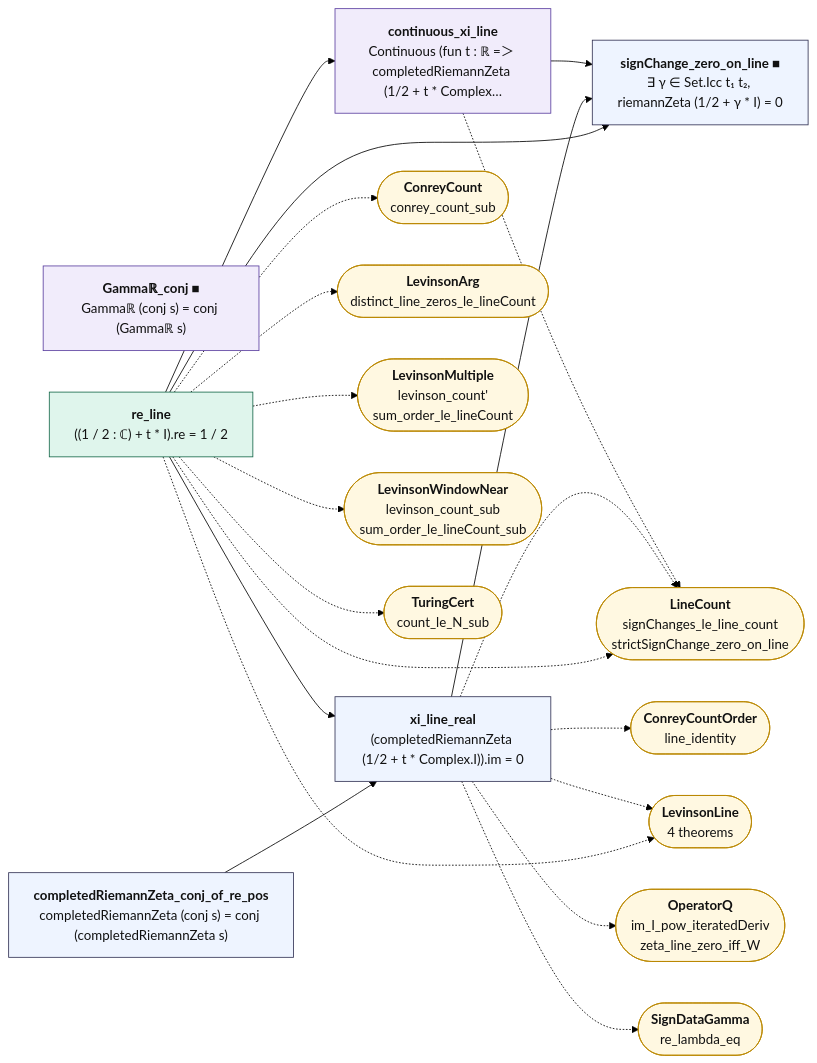
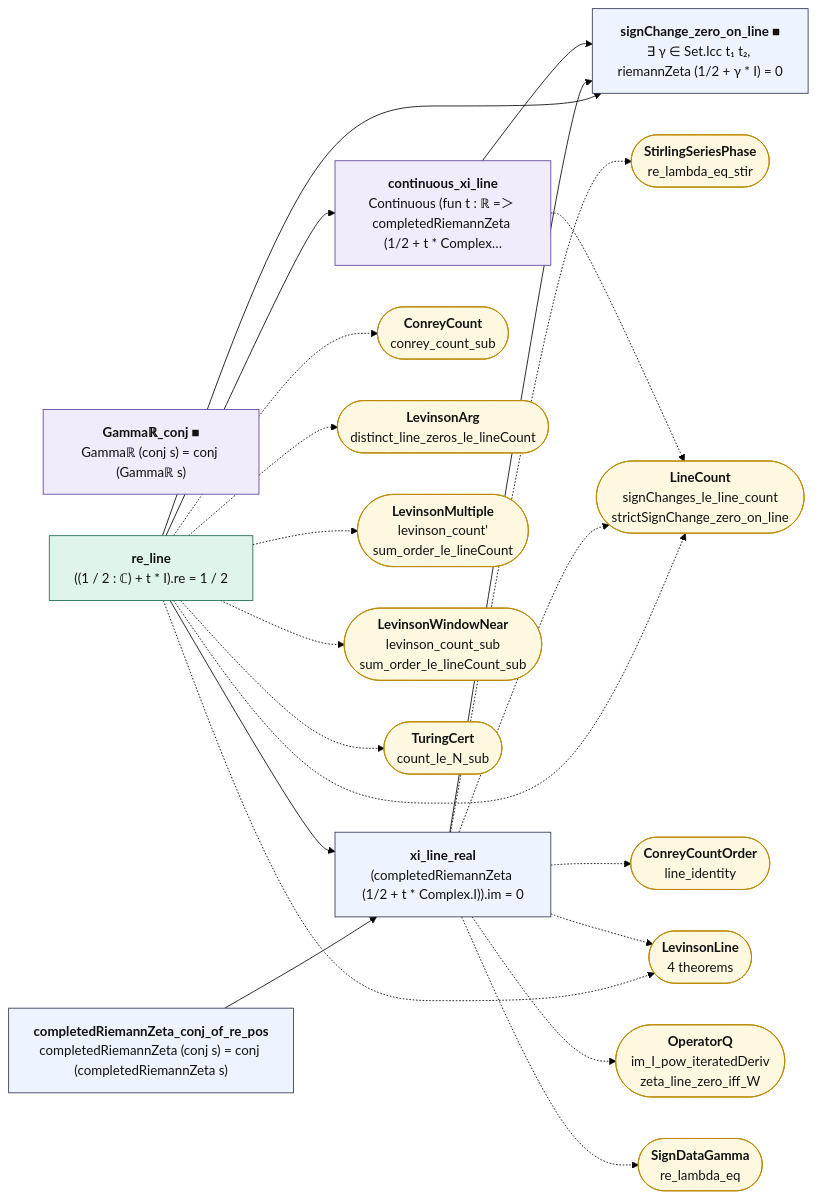
Before and after one commit to juliansambranojr/Primebeat_081426: the diagram in map/lean_stage3/HardyZ.md, drawn with Mermaid (forest theme). The commit also changed other lines of this file and 63 other files, not shown here.

````diff
--- a/map/lean_stage3/HardyZ.md
+++ b/map/lean_stage3/HardyZ.md
@@ -14,46 +14,48 @@
 ```mermaid
 flowchart LR
   n0["<b>Gammaℝ_conj ■</b><br/>Gammaℝ (conj s) = conj (Gammaℝ s)"]:::shp
   n1["<b>completedRiemannZeta_conj_of_re_pos</b><br/>completedRiemannZeta (conj s) = conj (completedRiemannZeta s)"]:::thm
   n2["<b>re_line</b><br/>((1 / 2 : ℂ) + t * I).re = 1 / 2"]:::cnt
   n3["<b>xi_line_real</b><br/>(completedRiemannZeta (1/2 + t * Complex.I)).im = 0"]:::thm
   n4["<b>continuous_xi_line</b><br/>Continuous (fun t : ℝ =＞ completedRiemannZeta (1/2 + t * Complex…"]:::shp
   n5["<b>signChange_zero_on_line ■</b><br/>∃ γ ∈ Set.Icc t₁ t₂, riemannZeta (1/2 + γ * I) = 0"]:::thm
   x0(["<b>ConreyCount</b><br/>conrey_count_sub"]):::ext
   x1(["<b>LevinsonArg</b><br/>distinct_line_zeros_le_lineCount"]):::ext
   x2(["<b>LevinsonLine</b><br/>4 theorems"]):::ext
   x3(["<b>LevinsonMultiple</b><br/>levinson_count'<br/>sum_order_le_lineCount"]):::ext
   x4(["<b>LevinsonWindowNear</b><br/>levinson_count_sub<br/>sum_order_le_lineCount_sub"]):::ext
   x5(["<b>LineCount</b><br/>signChanges_le_line_count<br/>strictSignChange_zero_on_line"]):::ext
   x6(["<b>TuringCert</b><br/>count_le_N_sub"]):::ext
   x7(["<b>ConreyCountOrder</b><br/>line_identity"]):::ext
   x8(["<b>OperatorQ</b><br/>im_I_pow_iteratedDeriv<br/>zeta_line_zero_iff_W"]):::ext
   x9(["<b>SignDataGamma</b><br/>re_lambda_eq"]):::ext
+  x10(["<b>StirlingSeriesPhase</b><br/>re_lambda_eq_stir"]):::ext
   n1 --> n3
   n2 --> n3
   n2 --> n4
   n2 --> n5
   n3 --> n5
   n4 --> n5
   n2 -.-> x0
   n2 -.-> x1
   n2 -.-> x2
   n2 -.-> x3
   n2 -.-> x4
   n2 -.-> x5
   n2 -.-> x6
+  n3 -.-> x10
   n3 -.-> x2
   n3 -.-> x5
   n3 -.-> x7
   n3 -.-> x8
   n3 -.-> x9
   n4 -.-> x5
   classDef cnt fill:#dff5ec,stroke:#17694a,color:#111
   classDef shp fill:#f1ecfb,stroke:#5b3fa0,color:#111
   classDef rh fill:#ffe5e5,stroke:#c22,color:#111,stroke-width:2px
   classDef thm fill:#eef4ff,stroke:#335,color:#111
   classDef end_ fill:#e7f7e7,stroke:#2a7,color:#111,stroke-width:2px
   classDef lone fill:#fff,stroke:#999,color:#111,stroke-dasharray:4 3
   classDef bad fill:#ffe5e5,stroke:#c22,color:#111,stroke-width:2px
   classDef ext fill:#fff8e1,stroke:#b80,color:#111
 ```
````
